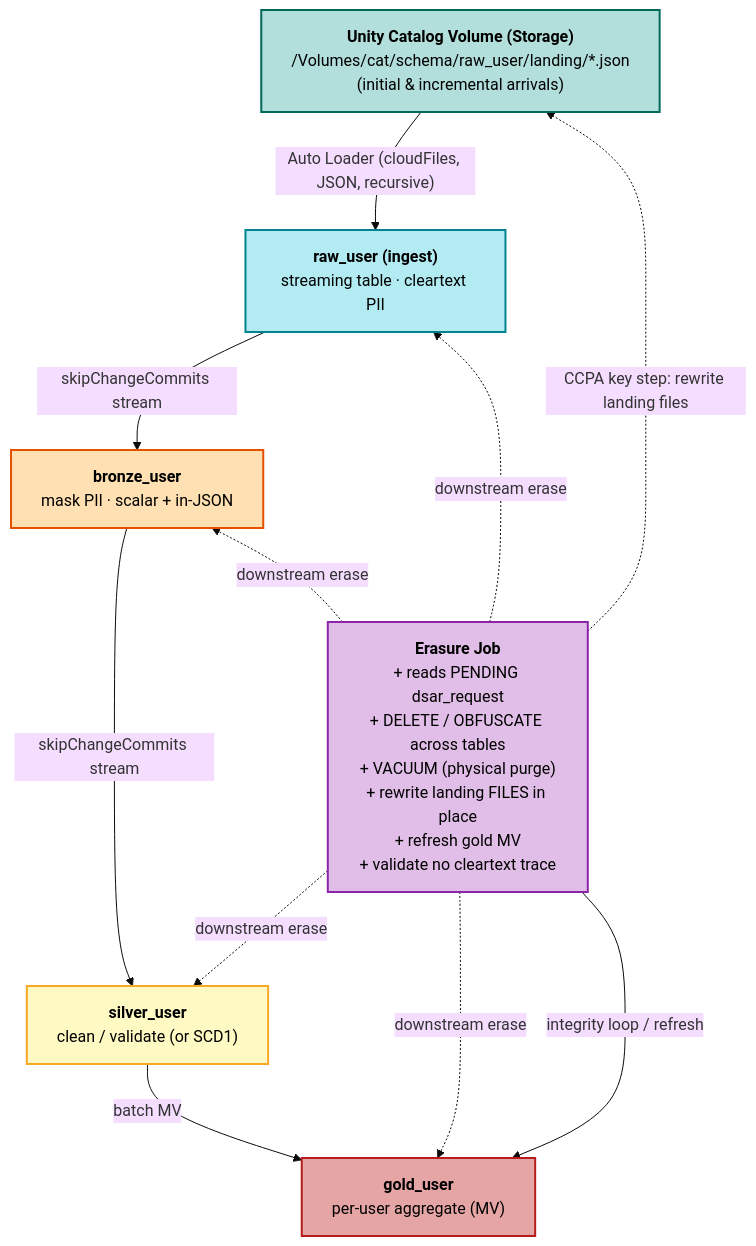
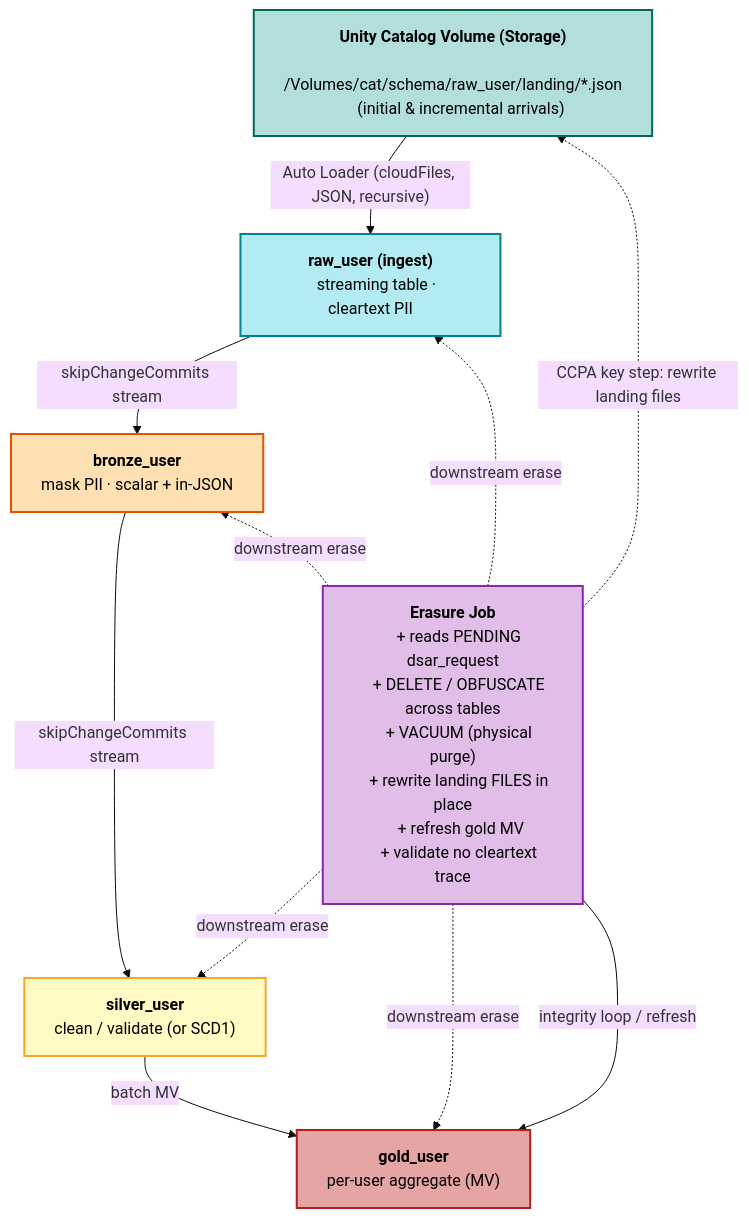
Before and after one commit to dipankarkush-db/allegiantair: the diagram in allegiant-json-pii-masking/dsar_erasure/sdp_integration/architecture.mmd, drawn with Mermaid (base theme). The commit also changed 2 other files, not shown here.

Commit message:
docs(dsar-sdp): inline the architecture Mermaid in README (zoom/pan) + no label clipping
GitHub only shows zoom/pan controls for inline mermaid blocks, not static images.
Inline the diagram in the README so it's zoomable, and drop htmlLabels (use SVG
text) so GitHub sizes boxes to the text and nothing clips. architecture.mmd/.png
kept in sync as a static copy.

```diff
--- a/allegiant-json-pii-masking/dsar_erasure/sdp_integration/architecture.mmd
+++ b/allegiant-json-pii-masking/dsar_erasure/sdp_integration/architecture.mmd
@@ -1,34 +1,39 @@
----
-config:
-  flowchart:
-    htmlLabels: true
-    nodeSpacing: 60
-    rankSpacing: 70
----
 flowchart TB
     classDef storage fill:#b2dfdb,stroke:#00695c,stroke-width:2px,color:#000
     classDef raw fill:#b2ebf2,stroke:#00838f,stroke-width:2px,color:#000
     classDef bronze fill:#ffe0b2,stroke:#e65100,stroke-width:2px,color:#000
     classDef silver fill:#fff9c4,stroke:#f9a825,stroke-width:2px,color:#000
     classDef gold fill:#e6a5a5,stroke:#b71c1c,stroke-width:2px,color:#000
     classDef erasure fill:#e1bee7,stroke:#8e24aa,stroke-width:2px,color:#000
 
-    UCV["<b>Unity Catalog Volume (Storage)</b><br/>/Volumes/cat/schema/raw_user/landing/*.json<br/>(initial &amp; incremental arrivals)"]:::storage
-    Raw["<b>raw_user (ingest)</b><br/>streaming table &middot; cleartext PII"]:::raw
-    Bronze["<b>bronze_user</b><br/>mask PII &middot; scalar + in-JSON"]:::bronze
-    Silver["<b>silver_user</b><br/>clean / validate (or SCD1)"]:::silver
-    Gold["<b>gold_user</b><br/>per-user aggregate (MV)"]:::gold
-    Erasure["<b>Erasure Job</b><br/>+ reads PENDING dsar_request<br/>+ DELETE / OBFUSCATE across tables<br/>+ VACUUM (physical purge)<br/>+ rewrite landing FILES in place<br/>+ refresh gold MV<br/>+ validate no cleartext trace"]:::erasure
+    UCV["<b>Unity Catalog Volume (Storage)</b>
+    /Volumes/cat/schema/raw_user/landing/*.json
+    (initial & incremental arrivals)"]:::storage
+    Raw["<b>raw_user (ingest)</b>
+    streaming table · cleartext PII"]:::raw
+    Bronze["<b>bronze_user</b>
+    mask PII · scalar + in-JSON"]:::bronze
+    Silver["<b>silver_user</b>
+    clean / validate (or SCD1)"]:::silver
+    Gold["<b>gold_user</b>
+    per-user aggregate (MV)"]:::gold
+    Erasure["<b>Erasure Job</b>
+    + reads PENDING dsar_request
+    + DELETE / OBFUSCATE across tables
+    + VACUUM (physical purge)
+    + rewrite landing FILES in place
+    + refresh gold MV
+    + validate no cleartext trace"]:::erasure
 
     UCV -->|"Auto Loader (cloudFiles, JSON, recursive)"| Raw
     Raw -->|"skipChangeCommits stream"| Bronze
     Bronze -->|"skipChangeCommits stream"| Silver
     Silver -->|"batch MV"| Gold
 
     Bronze ~~~ Erasure
     Erasure -.->|"downstream erase"| Raw
     Erasure -.->|"downstream erase"| Bronze
     Erasure -.->|"downstream erase"| Silver
     Erasure -.->|"downstream erase"| Gold
     Erasure -->|"integrity loop / refresh"| Gold
     Erasure -.->|"CCPA key step: rewrite landing files"| UCV
```
